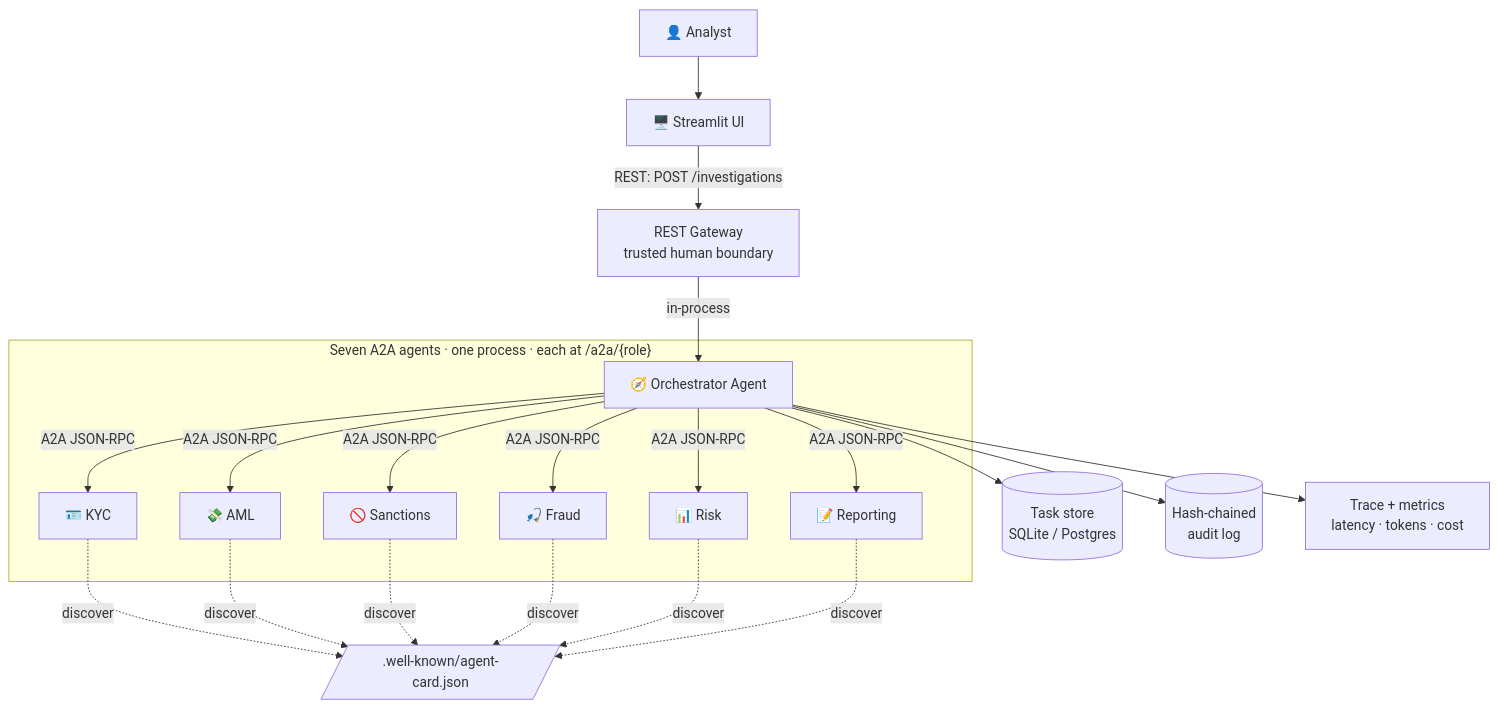
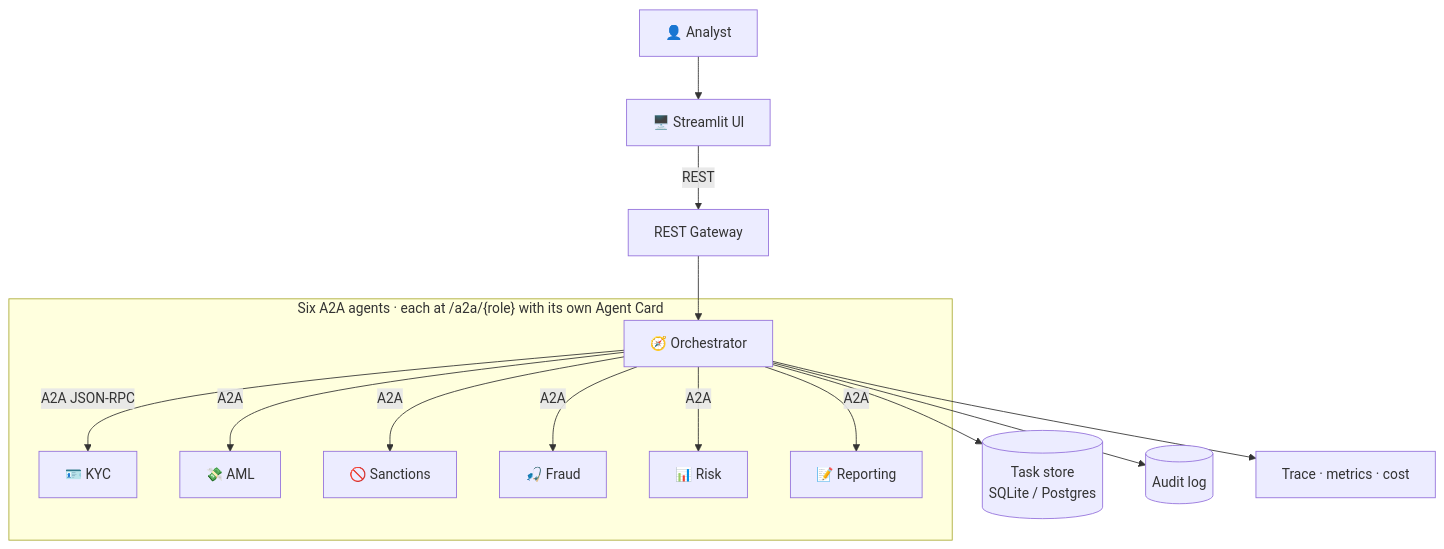
Before and after one commit to Khaledwh7/a2a-fin-investigator: the diagram in README.md, drawn with Mermaid. The commit also changed other lines of this file, not shown here.

````diff
--- a/README.md
+++ b/README.md
@@ -62,21 +19,19 @@
 ```mermaid
 flowchart TB
     A[👤 Analyst] --> UI[🖥️ Streamlit UI]
-    UI -->|REST: POST /investigations| GW[REST Gateway<br/>trusted human boundary]
-    GW -->|in-process| ORCH[🧭 Orchestrator Agent]
+    UI -->|REST| GW[REST Gateway]
+    GW --> ORCH[🧭 Orchestrator]
 
-    subgraph agents[Seven A2A agents · one process · each at /a2a/&lcub;role&rcub;]
+    subgraph agents[Six A2A agents · each at /a2a/&lcub;role&rcub; with its own Agent Card]
         ORCH -->|A2A JSON-RPC| KYC[🪪 KYC]
-        ORCH -->|A2A JSON-RPC| AML[💸 AML]
-        ORCH -->|A2A JSON-RPC| SANC[🚫 Sanctions]
-        ORCH -->|A2A JSON-RPC| FRAUD[🎣 Fraud]
-        ORCH -->|A2A JSON-RPC| RISK[📊 Risk]
-        ORCH -->|A2A JSON-RPC| REP[📝 Reporting]
+        ORCH -->|A2A| AML[💸 AML]
+        ORCH -->|A2A| SANC[🚫 Sanctions]
+        ORCH -->|A2A| FRAUD[🎣 Fraud]
+        ORCH -->|A2A| RISK[📊 Risk]
+        ORCH -->|A2A| REP[📝 Reporting]
     end
 
-    KYC & AML & SANC & FRAUD & RISK & REP -.discover.-> CARD[/.well-known/agent-card.json/]
-
     ORCH --> STORE[(Task store<br/>SQLite / Postgres)]
-    ORCH --> AUDIT[(Hash-chained<br/>audit log)]
-    ORCH --> TRACE[Trace + metrics<br/>latency · tokens · cost]
+    ORCH --> AUDIT[(Audit log)]
+    ORCH --> TRACE[Trace · metrics · cost]
 ```
````
